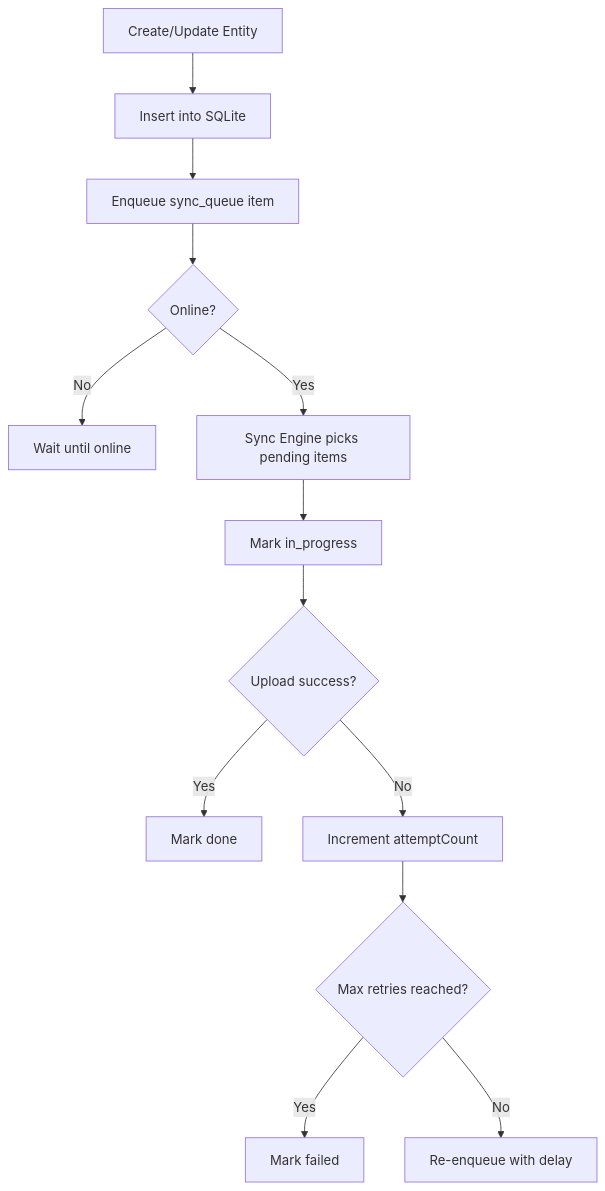
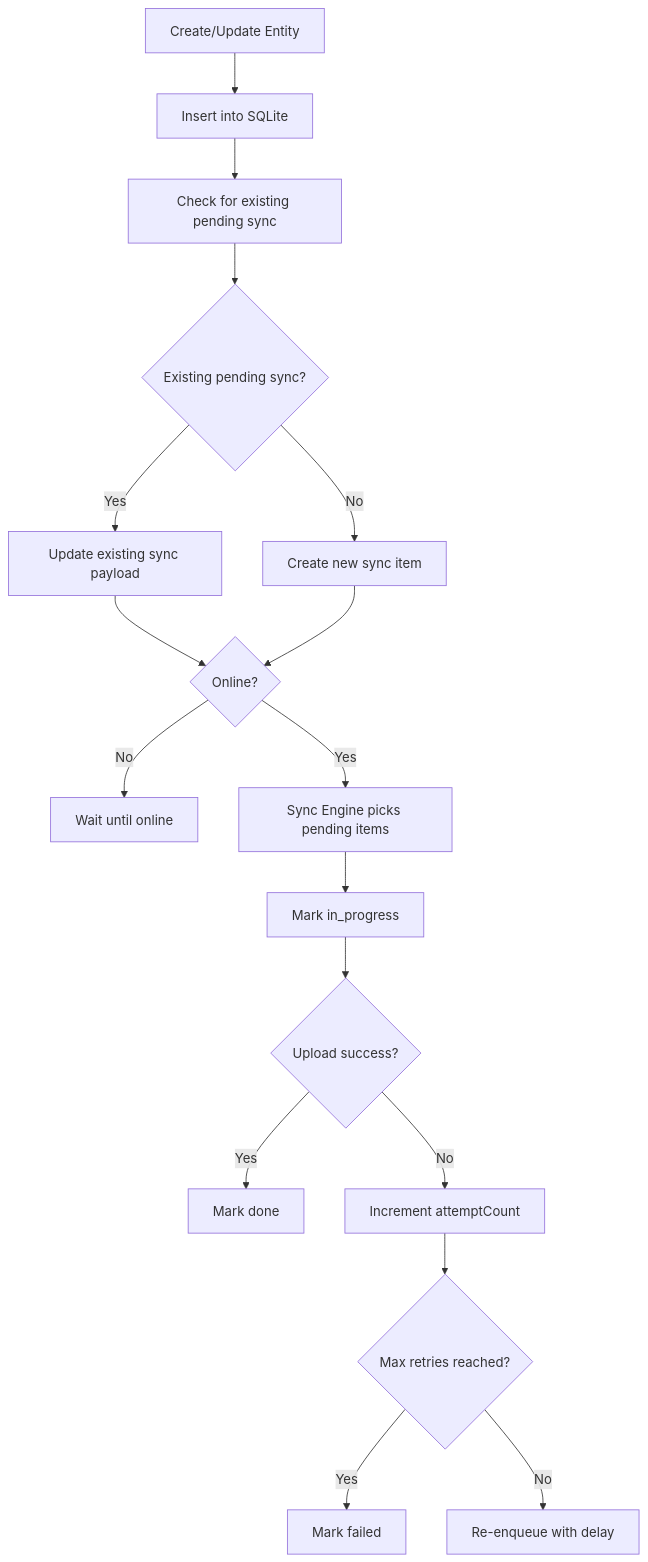
One commit to AdeelTahir-SE/DermSight changed the seventh of 8 diagrams in .qoder/repowiki/en/content/Patient Management/Patient Management.md. Above: the diagram before and after it, drawn with Mermaid. The commit also changed other lines of this file and 43 other files, not shown here.

````diff
--- a/.qoder/repowiki/en/content/Patient Management/Patient Management.md
+++ b/.qoder/repowiki/en/content/Patient Management/Patient Management.md
@@ -305,15 +373,19 @@
 ```mermaid
 flowchart TD
 A["Create/Update Entity"] --> B["Insert into SQLite"]
-B --> C["Enqueue sync_queue item"]
-C --> D{"Online?"}
-D --> |No| E["Wait until online"]
-D --> |Yes| F["Sync Engine picks pending items"]
-F --> G["Mark in_progress"]
-G --> H{"Upload success?"}
-H --> |Yes| I["Mark done"]
-H --> |No| J["Increment attemptCount"]
-J --> K{"Max retries reached?"}
-K --> |Yes| L["Mark failed"]
-K --> |No| M["Re-enqueue with delay"]
+B --> C["Check for existing pending sync"]
+C --> D{"Existing pending sync?"}
+D --> |Yes| E["Update existing sync payload"]
+D --> |No| F["Create new sync item"]
+E --> G{"Online?"}
+F --> G
+G --> |No| H["Wait until online"]
+G --> |Yes| I["Sync Engine picks pending items"]
+I --> J["Mark in_progress"]
+J --> K{"Upload success?"}
+K --> |Yes| L["Mark done"]
+K --> |No| M["Increment attemptCount"]
+M --> N{"Max retries reached?"}
+N --> |Yes| O["Mark failed"]
+N --> |No| P["Re-enqueue with delay"]
 ```
````
